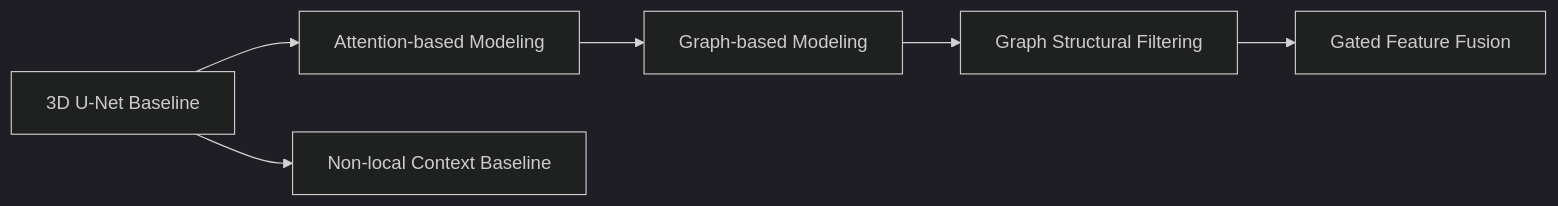
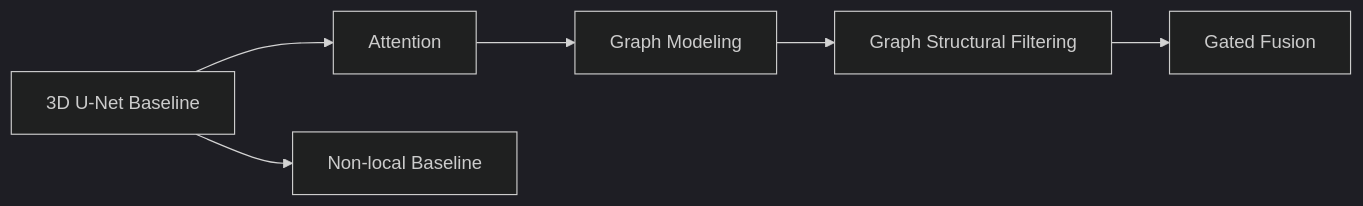
Before and after one commit to ChengYuChing/3D-DLimage-segmentation: the fourth of 5 diagrams in README.md, drawn with Mermaid (dark theme). The commit also changed other lines of this file, not shown here.

````diff
--- a/README.md
+++ b/README.md
@@ -97,8 +130,8 @@
 ```mermaid
 flowchart LR
-    A["3D U-Net Baseline"] --> B["Attention-based Modeling"]
-    B --> C["Graph-based Modeling"]
+    A["3D U-Net Baseline"] --> B["Attention"]
+    B --> C["Graph Modeling"]
     C --> D["Graph Structural Filtering"]
-    D --> E["Gated Feature Fusion"]
-    A --> F["Non-local Context Baseline"]
+    D --> E["Gated Fusion"]
+    A --> F["Non-local Baseline"]
 ```
````
